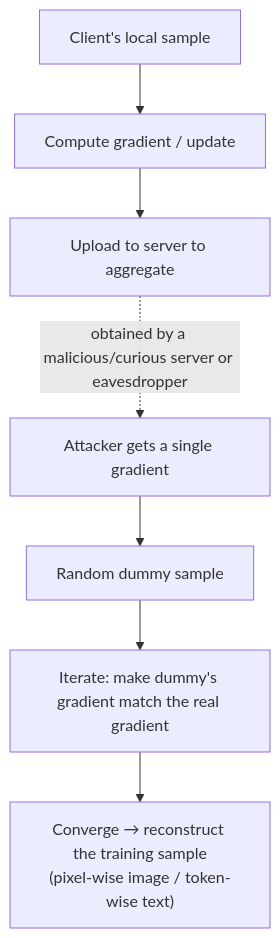
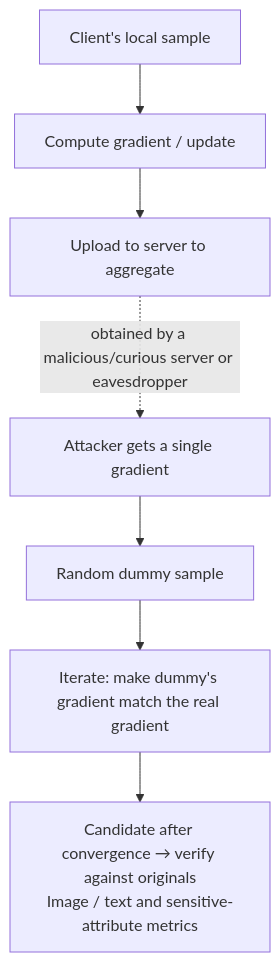
Before and after one commit to XuebinMa/AIWiki: the diagram in i18n/en/docusaurus-plugin-content-docs-privacy/current/05-frontier-deployment/gradient-leakage.mdx, drawn with Mermaid. The commit also changed other lines of this file and 325 other files, not shown here.

````diff
--- a/i18n/en/docusaurus-plugin-content-docs-privacy/current/05-frontier-deployment/gradient-leakage.mdx
+++ b/i18n/en/docusaurus-plugin-content-docs-privacy/current/05-frontier-deployment/gradient-leakage.mdx
@@ -36,9 +39,9 @@
 ```mermaid
 flowchart TB
     S["Client's local sample"] --> G["Compute gradient / update"]
     G --> U["Upload to server to aggregate"]
     U -.obtained by a malicious/curious server or eavesdropper.-> ATK
     ATK["Attacker gets a single gradient"] --> D["Random dummy sample"]
     D --> O["Iterate: make dummy's gradient match the real gradient"]
-    O --> R["Converge → reconstruct the training sample<br/>(pixel-wise image / token-wise text)"]
+    O --> R["Candidate after convergence → verify against originals<br/>Image / text and sensitive-attribute metrics"]
 ```
````
